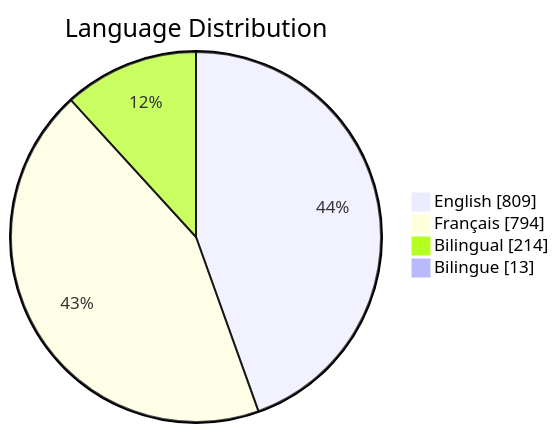
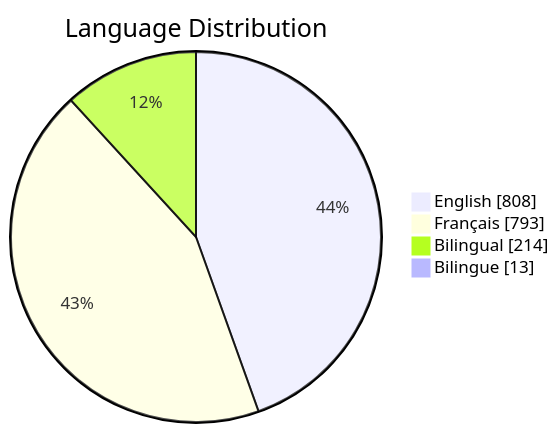
Before and after one commit to PatLittle/GC-Socials: the third of 6 diagrams in README.md, drawn with Mermaid. The commit also changed other lines of this file, not shown here.

Commit message:
Update README with Platform Distribution pie chart

````diff
--- a/README.md
+++ b/README.md
@@ -65,7 +65,7 @@
 ```mermaid
 pie showData title Language Distribution
-    "English": 809
-    "Français": 794
+    "English": 808
+    "Français": 793
     "Bilingual": 214
     "Bilingue": 13
 ```
````
